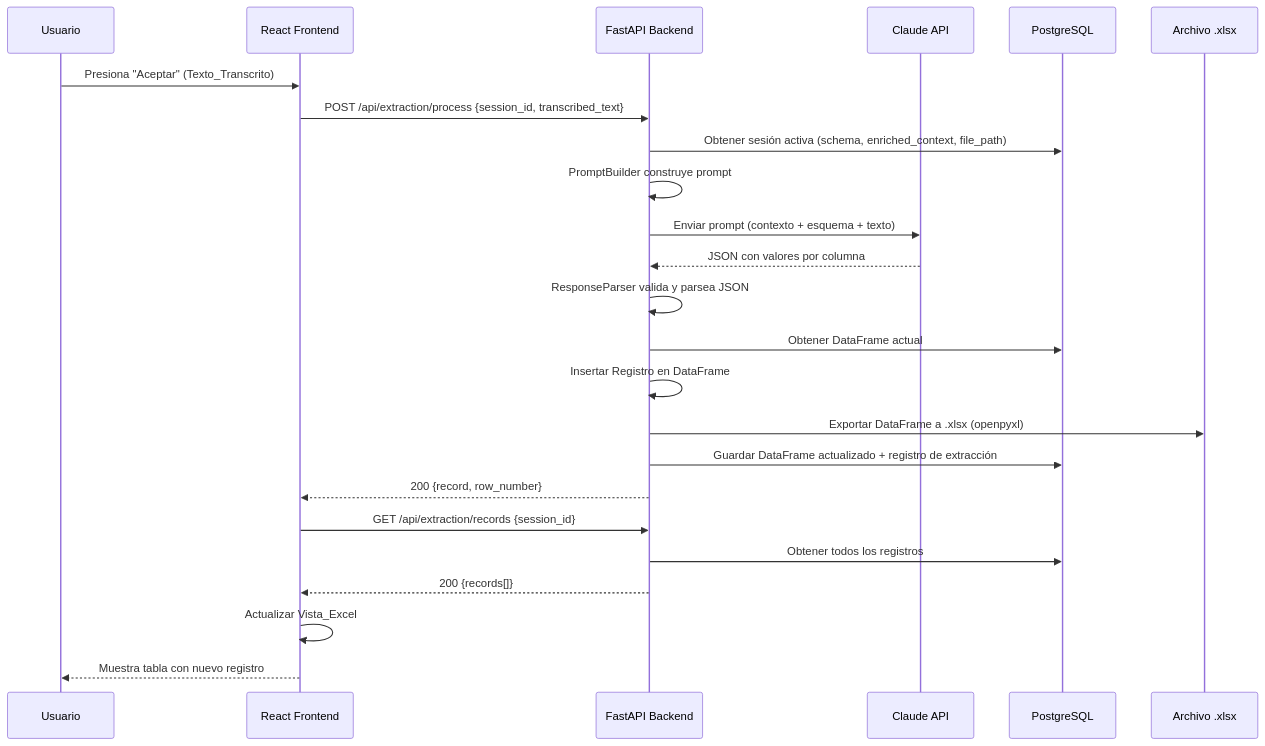
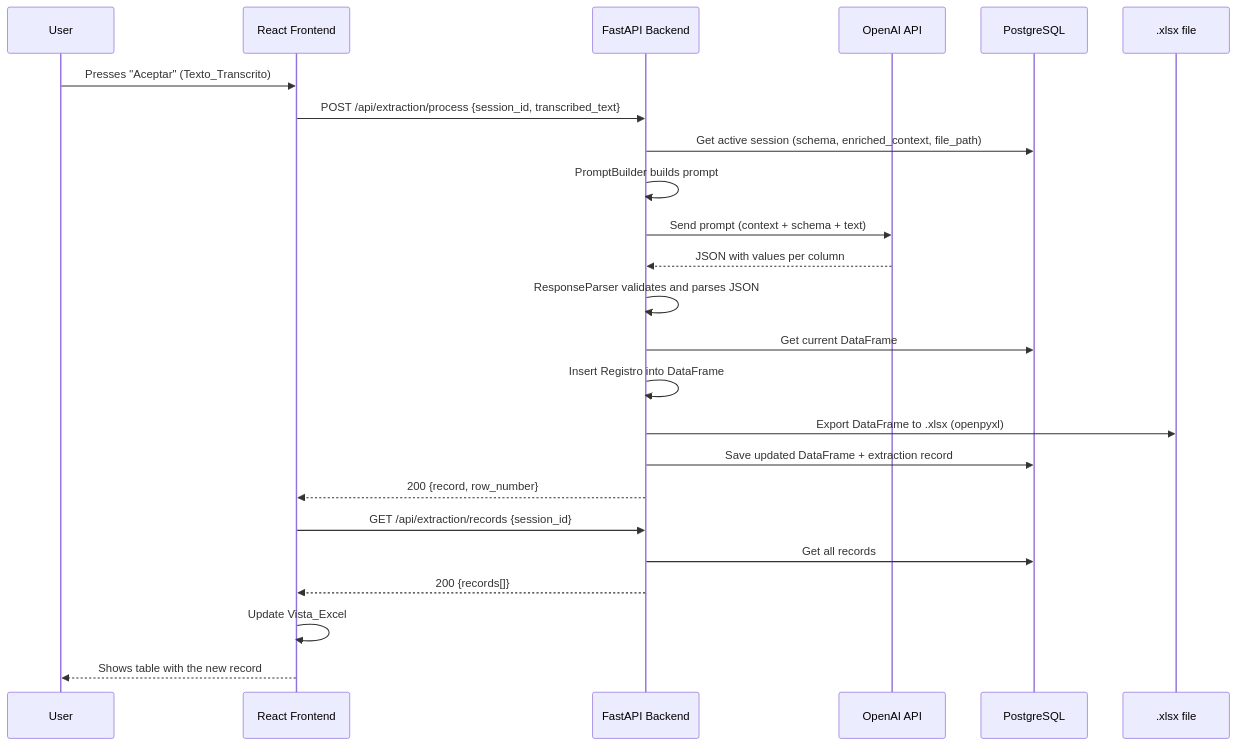
One commit to cvegaz/voxa changed the second of 2 diagrams in .kiro/specs/llm-extraction-excel-output/design.md. Above: the diagram before and after it, drawn with Mermaid. The commit also changed other lines of this file and 50 other files, not shown here.

````diff
--- a/.kiro/specs/llm-extraction-excel-output/design.md
+++ b/.kiro/specs/llm-extraction-excel-output/design.md
@@ -54,27 +54,27 @@
 ```mermaid
 sequenceDiagram
-    participant U as Usuario
+    participant U as User
     participant FE as React Frontend
     participant BE as FastAPI Backend
-    participant Claude as Claude API
+    participant LLM as OpenAI API
     participant DB as PostgreSQL
-    participant Disk as Archivo .xlsx
+    participant Disk as .xlsx file
 
-    U->>FE: Presiona "Aceptar" (Texto_Transcrito)
+    U->>FE: Presses "Aceptar" (Texto_Transcrito)
     FE->>BE: POST /api/extraction/process {session_id, transcribed_text}
-    BE->>DB: Obtener sesión activa (schema, enriched_context, file_path)
-    BE->>BE: PromptBuilder construye prompt
-    BE->>Claude: Enviar prompt (contexto + esquema + texto)
-    Claude-->>BE: JSON con valores por columna
-    BE->>BE: ResponseParser valida y parsea JSON
-    BE->>DB: Obtener DataFrame actual
-    BE->>BE: Insertar Registro en DataFrame
-    BE->>Disk: Exportar DataFrame a .xlsx (openpyxl)
-    BE->>DB: Guardar DataFrame actualizado + registro de extracción
+    BE->>DB: Get active session (schema, enriched_context, file_path)
+    BE->>BE: PromptBuilder builds prompt
+    BE->>LLM: Send prompt (context + schema + text)
+    LLM-->>BE: JSON with values per column
+    BE->>BE: ResponseParser validates and parses JSON
+    BE->>DB: Get current DataFrame
+    BE->>BE: Insert Registro into DataFrame
+    BE->>Disk: Export DataFrame to .xlsx (openpyxl)
+    BE->>DB: Save updated DataFrame + extraction record
     BE-->>FE: 200 {record, row_number}
     FE->>BE: GET /api/extraction/records {session_id}
-    BE->>DB: Obtener todos los registros
+    BE->>DB: Get all records
     BE-->>FE: 200 {records[]}
-    FE->>FE: Actualizar Vista_Excel
-    FE-->>U: Muestra tabla con nuevo registro
+    FE->>FE: Update Vista_Excel
+    FE-->>U: Shows table with the new record
 ```
````
